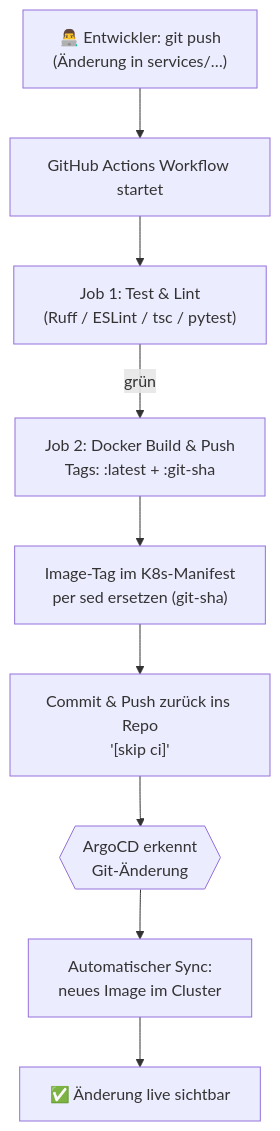
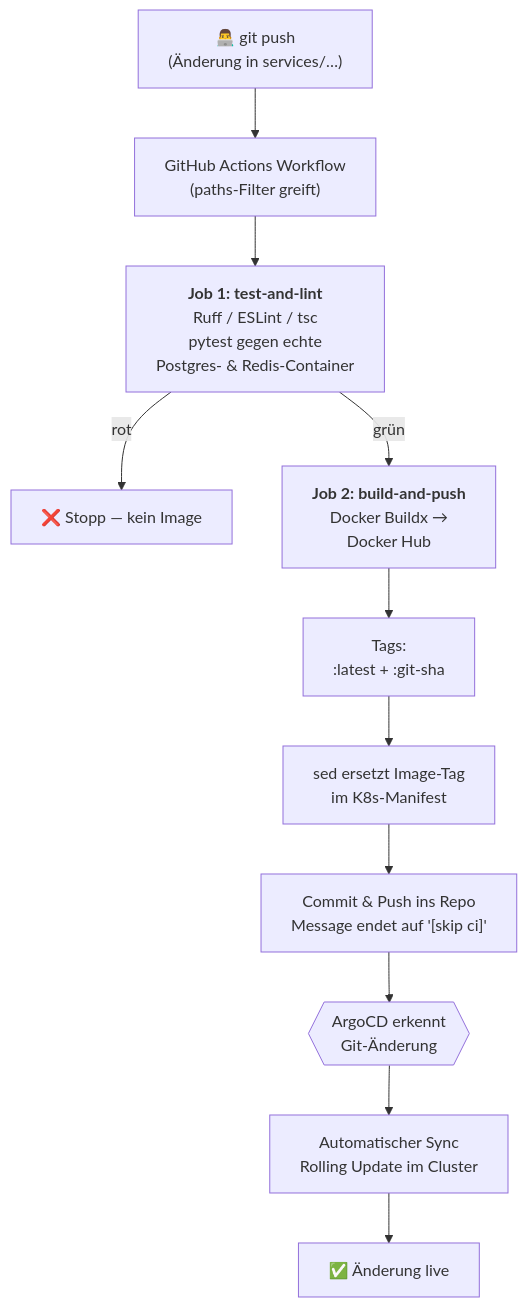
The third of 3 diagrams in DOKUMENTATION.md (fgrothaus/crypto-data-pipeline), drawn with Mermaid before and after one commit. The commit also changed other lines of this file, not shown here.

````diff
--- a/DOKUMENTATION.md
+++ b/DOKUMENTATION.md
@@ -298,11 +587,13 @@
 ```mermaid
 flowchart TD
-    A["👨‍💻 Entwickler: git push<br/>(Änderung in services/…)"] --> B[GitHub Actions Workflow startet]
-    B --> C["Job 1: Test & Lint<br/>(Ruff / ESLint / tsc / pytest)"]
-    C -->|grün| D["Job 2: Docker Build & Push<br/>Tags: :latest + :git-sha"]
-    D --> E["Image-Tag im K8s-Manifest<br/>per sed ersetzen (git-sha)"]
-    E --> F["Commit & Push zurück ins Repo<br/>'[skip ci]'"]
-    F --> G{{"ArgoCD erkennt<br/>Git-Änderung"}}
-    G --> H["Automatischer Sync:<br/>neues Image im Cluster"]
-    H --> I["✅ Änderung live sichtbar"]
+    A["👨‍💻 git push<br/>(Änderung in services/…)"] --> B["GitHub Actions Workflow<br/>(paths-Filter greift)"]
+    B --> C["<b>Job 1: test-and-lint</b><br/>Ruff / ESLint / tsc<br/>pytest gegen echte<br/>Postgres- & Redis-Container"]
+    C -->|"rot"| X["❌ Stopp — kein Image"]
+    C -->|"grün"| D["<b>Job 2: build-and-push</b><br/>Docker Buildx →<br/>Docker Hub"]
+    D --> E["Tags:<br/>:latest + :git-sha"]
+    E --> F["sed ersetzt Image-Tag<br/>im K8s-Manifest"]
+    F --> G["Commit & Push ins Repo<br/>Message endet auf '[skip ci]'"]
+    G --> H{{"ArgoCD erkennt<br/>Git-Änderung"}}
+    H --> I["Automatischer Sync<br/>Rolling Update im Cluster"]
+    I --> J["✅ Änderung live"]
 ```
````
